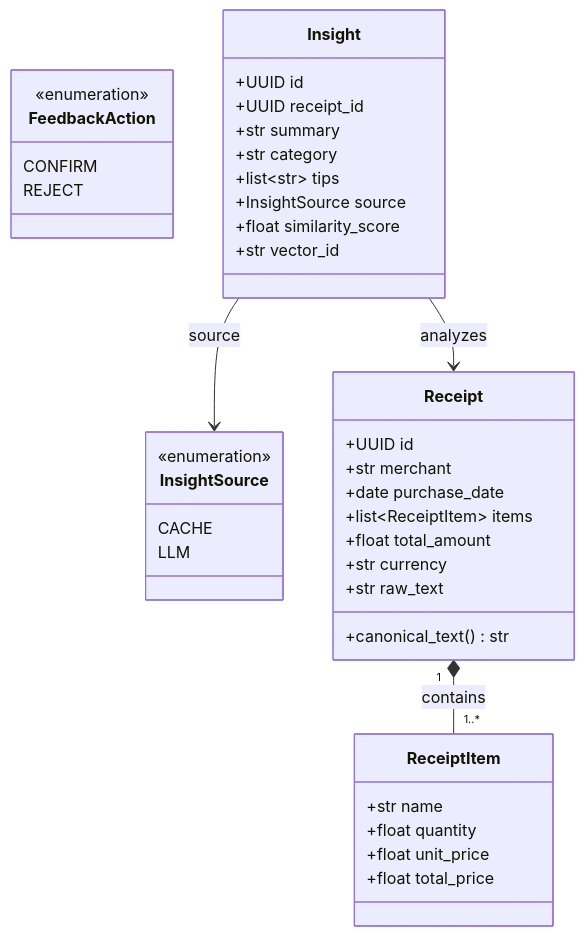
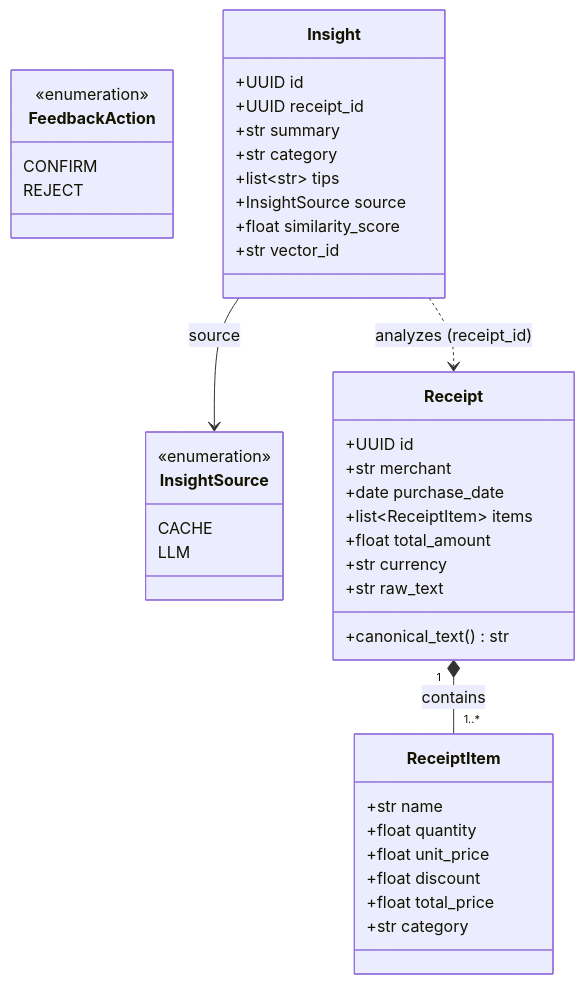
Before and after one commit to quanpro147/Spend-Sense-AI: the second of 14 diagrams in docs/SAD.md, drawn with Mermaid. The commit also changed other lines of this file, not shown here.

````diff
--- a/docs/SAD.md
+++ b/docs/SAD.md
@@ -323,47 +372,49 @@
 ```mermaid
 classDiagram
     class FeedbackAction {
         <<enumeration>>
         CONFIRM
         REJECT
     }
 
     class InsightSource {
         <<enumeration>>
         CACHE
         LLM
     }
 
     class ReceiptItem {
         +str name
         +float quantity
         +float unit_price
+        +float discount
         +float total_price
+        +str category
     }
 
     class Receipt {
         +UUID id
         +str merchant
         +date purchase_date
         +list~ReceiptItem~ items
         +float total_amount
         +str currency
         +str raw_text
         +canonical_text() str
     }
 
     class Insight {
         +UUID id
         +UUID receipt_id
         +str summary
         +str category
         +list~str~ tips
         +InsightSource source
         +float similarity_score
         +str vector_id
     }
 
     Receipt "1" *-- "1..*" ReceiptItem : contains
     Insight --> InsightSource : source
-    Insight --> Receipt : analyzes
+    Insight ..> Receipt : analyzes (receipt_id)
 ```
````
